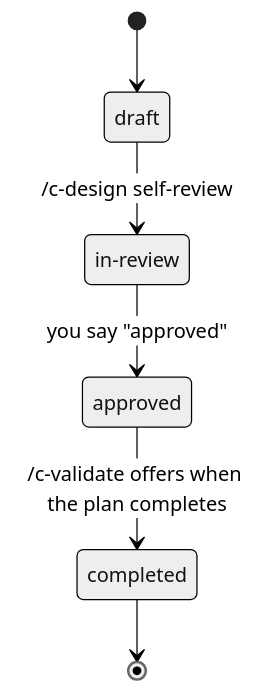
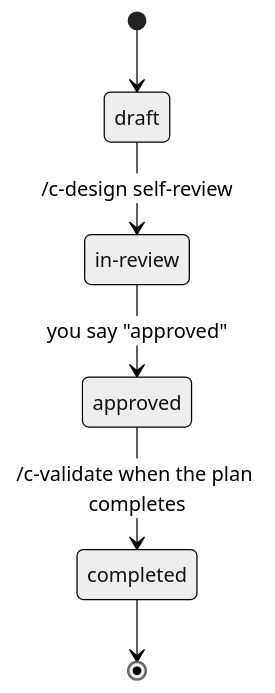
The first of 2 diagrams in website/src/content/docs/concepts/status-lifecycle.mdx (sentasity/cadence), drawn with Mermaid (neutral theme) before and after one commit. The commit also changed other lines of this file and 10 other files, not shown here.

First line of the commit message:
feat(c-validate): flip the linked design to completed on a full pass (v0.20.0) (#32)

````diff
--- a/website/src/content/docs/concepts/status-lifecycle.mdx
+++ b/website/src/content/docs/concepts/status-lifecycle.mdx
@@ -16,9 +16,9 @@
 ```mermaid
 stateDiagram-v2
     state "in-review" as in_review
     [*] --> draft
     draft --> in_review: /c-design self-review
     in_review --> approved: you say "approved"
-    approved --> completed: /c-validate offers when the plan completes
+    approved --> completed: /c-validate when the plan completes
     completed --> [*]
 ```
````
